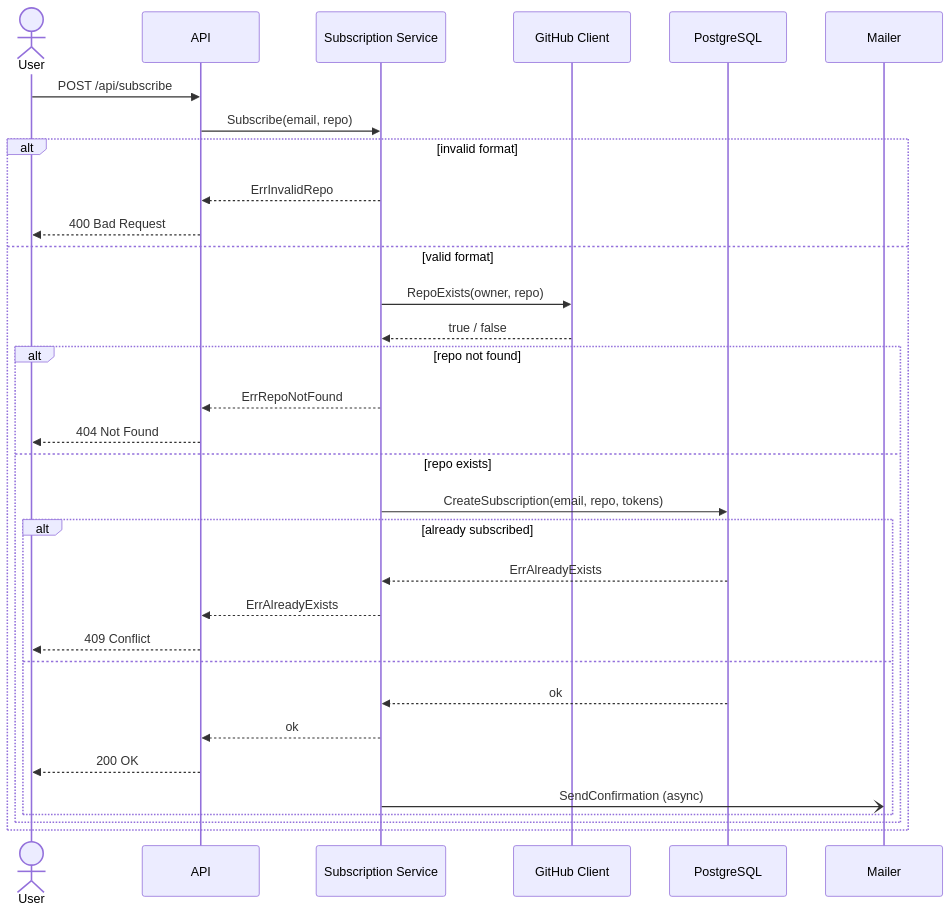
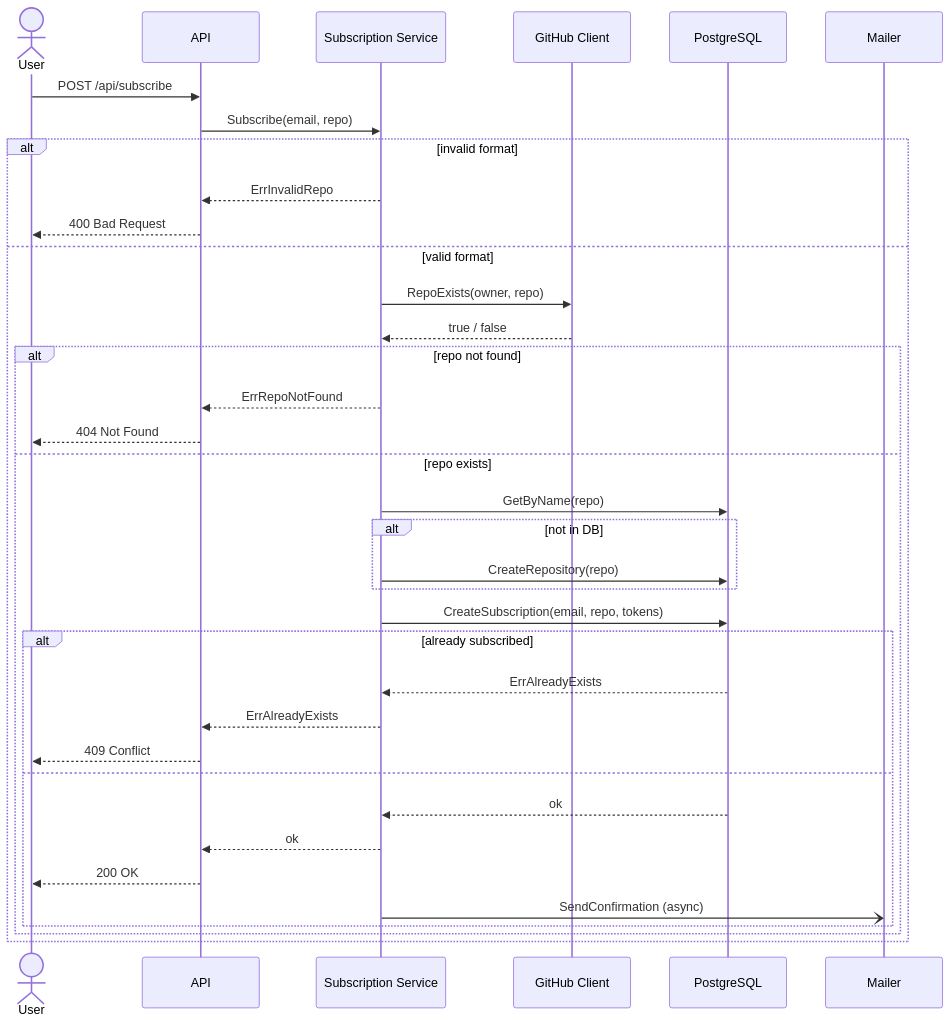
Before and after one commit to GenesisEducationKyiv/software-engineering-school-6-0-mzabrodin: the second of 3 diagrams in docs/sdd.md, drawn with Mermaid.

Commit message:
update SDD to include repository creation logic in subscription flow

````diff
--- a/docs/sdd.md
+++ b/docs/sdd.md
@@ -77,35 +77,39 @@
 ```mermaid
 sequenceDiagram
     actor User
     participant API
     participant Service as Subscription Service
     participant GH as GitHub Client
     participant DB as PostgreSQL
     participant Mailer
 
     User->>API: POST /api/subscribe
     API->>Service: Subscribe(email, repo)
     alt invalid format
         Service-->>API: ErrInvalidRepo
         API-->>User: 400 Bad Request
     else valid format
         Service->>GH: RepoExists(owner, repo)
         GH-->>Service: true / false
         alt repo not found
             Service-->>API: ErrRepoNotFound
             API-->>User: 404 Not Found
         else repo exists
+            Service->>DB: GetByName(repo)
+            alt not in DB
+                Service->>DB: CreateRepository(repo)
+            end
             Service->>DB: CreateSubscription(email, repo, tokens)
             alt already subscribed
                 DB-->>Service: ErrAlreadyExists
                 Service-->>API: ErrAlreadyExists
                 API-->>User: 409 Conflict
             else
                 DB-->>Service: ok
                 Service-->>API: ok
                 API-->>User: 200 OK
                 Service-)Mailer: SendConfirmation (async)
             end
         end
     end
 ```
````
